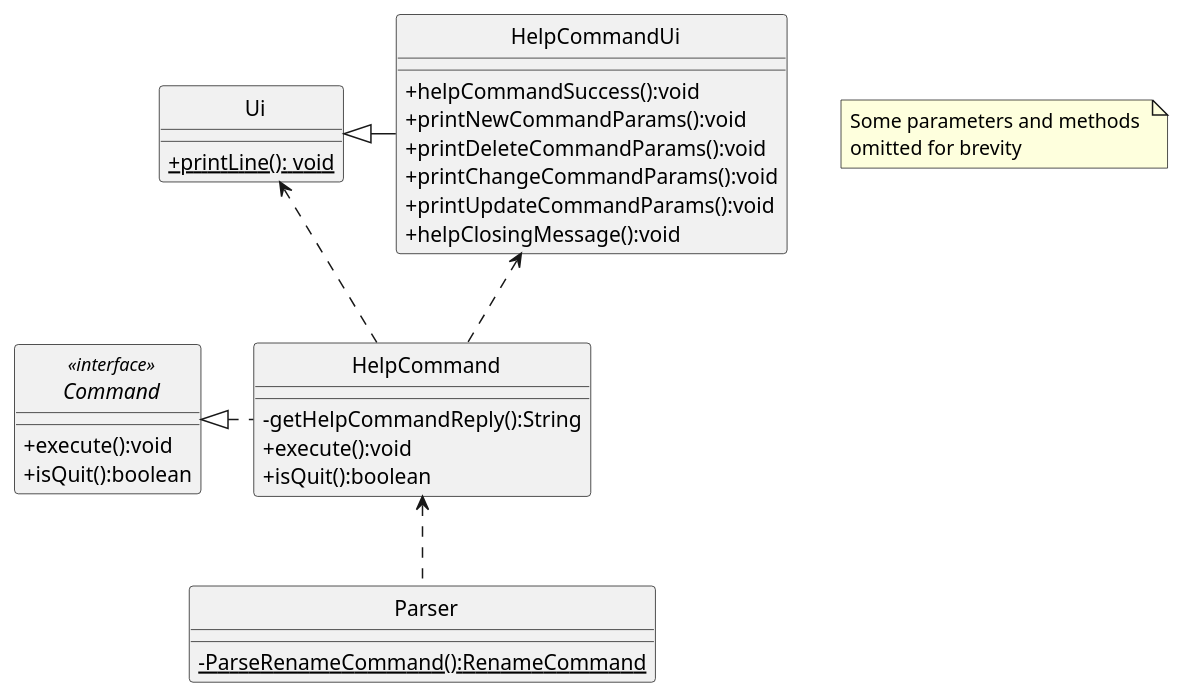
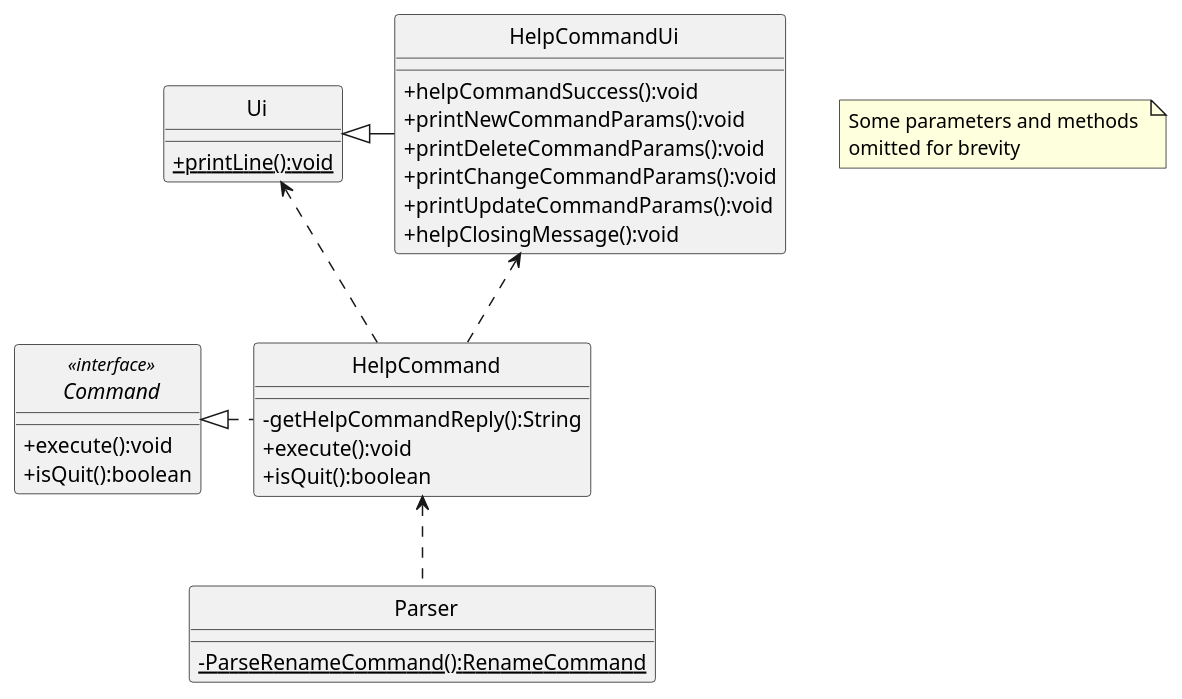
One commit to rismm/tp changed the first of 2 diagrams in docs/uml-diagrams/HelpCommand.puml. Above: the diagram before and after it, drawn with PlantUML. The commit also changed 6 other files, not shown here.

```diff
--- a/docs/uml-diagrams/HelpCommand.puml
+++ b/docs/uml-diagrams/HelpCommand.puml
@@ -1,48 +1,48 @@
 @startuml
 'https://plantuml.com/class-diagram
 skinparam classAttributeIconSize 0
 skinparam CircledCharacterFontSize 0
 skinparam CircledCharacterRadius 0
 
 interface Command
 class HelpCommandUi
 class HelpCommand
 class Parser
 class Ui
 
 Ui <|- HelpCommandUi
 HelpCommand <.. Parser
 Command <|. HelpCommand
 Ui <.. HelpCommand
 HelpCommandUi <.. HelpCommand
 
 interface Command <<interface>> {
     +execute():void
     +isQuit():boolean
 }
 class HelpCommand {
     -getHelpCommandReply():String
     +execute():void
     +isQuit():boolean
 }
 
 class Ui {
-    {static}+printLine(): void
+    {static}+printLine():void
 }
 
 class HelpCommandUi {
 +helpCommandSuccess():void
 +printNewCommandParams():void
 +printDeleteCommandParams():void
 +printChangeCommandParams():void
 +printUpdateCommandParams():void
 +helpClosingMessage():void
 }
 
 class Parser {
     {static}-ParseRenameCommand():RenameCommand
 }
 
 note "Some parameters and methods \nomitted for brevity" as n1
 
 @enduml
```
